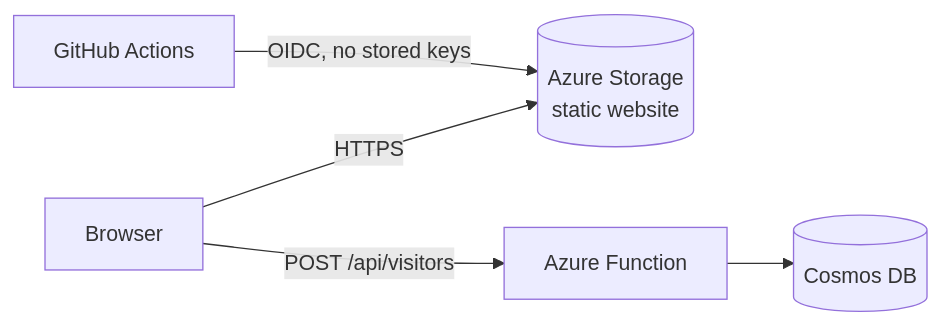
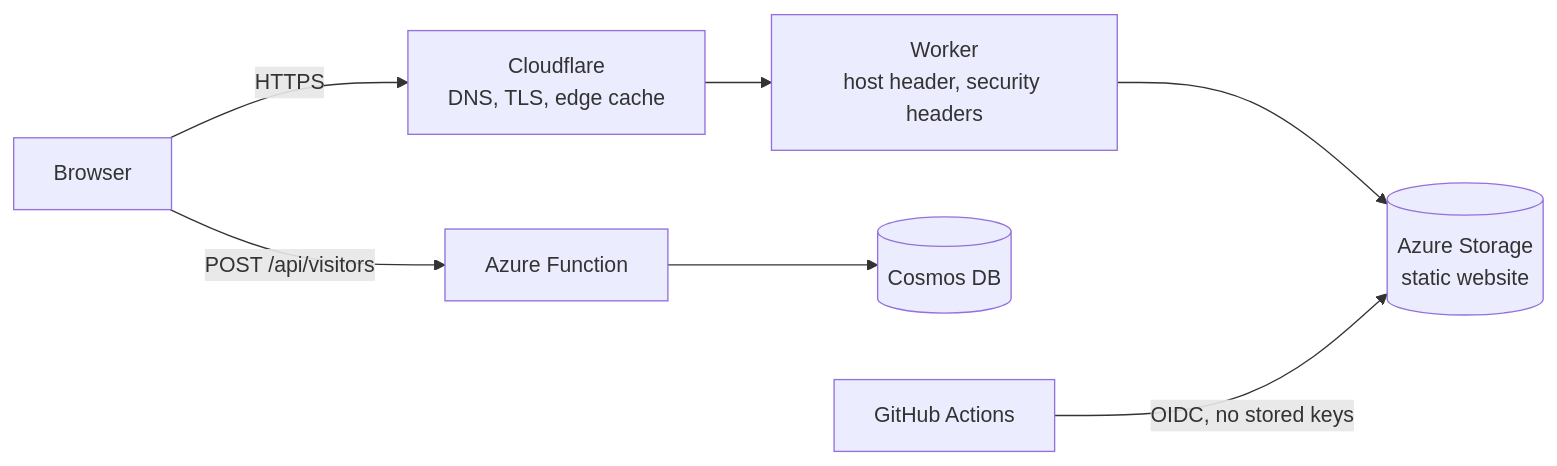
One commit to adye1/crc-frontend changed the diagram in README.md. Above: the diagram before and after it, drawn with Mermaid. The commit also changed other lines of this file and 5 other files, not shown here.

Commit message:
feat: custom domain adamdye.dev via Cloudflare Worker, with security headers

````diff
--- a/README.md
+++ b/README.md
@@ -12,7 +12,9 @@
 ```mermaid
 flowchart LR
-  B[Browser] -->|HTTPS| S[(Azure Storage<br/>static website)]
+  B[Browser] -->|HTTPS| CF[Cloudflare<br/>DNS, TLS, edge cache]
+  CF --> W[Worker<br/>host header, security headers]
+  W --> S[(Azure Storage<br/>static website)]
   B -->|POST /api/visitors| F[Azure Function]
   F --> C[(Cosmos DB)]
   GH[GitHub Actions] -->|OIDC, no stored keys| S
 ```
````
